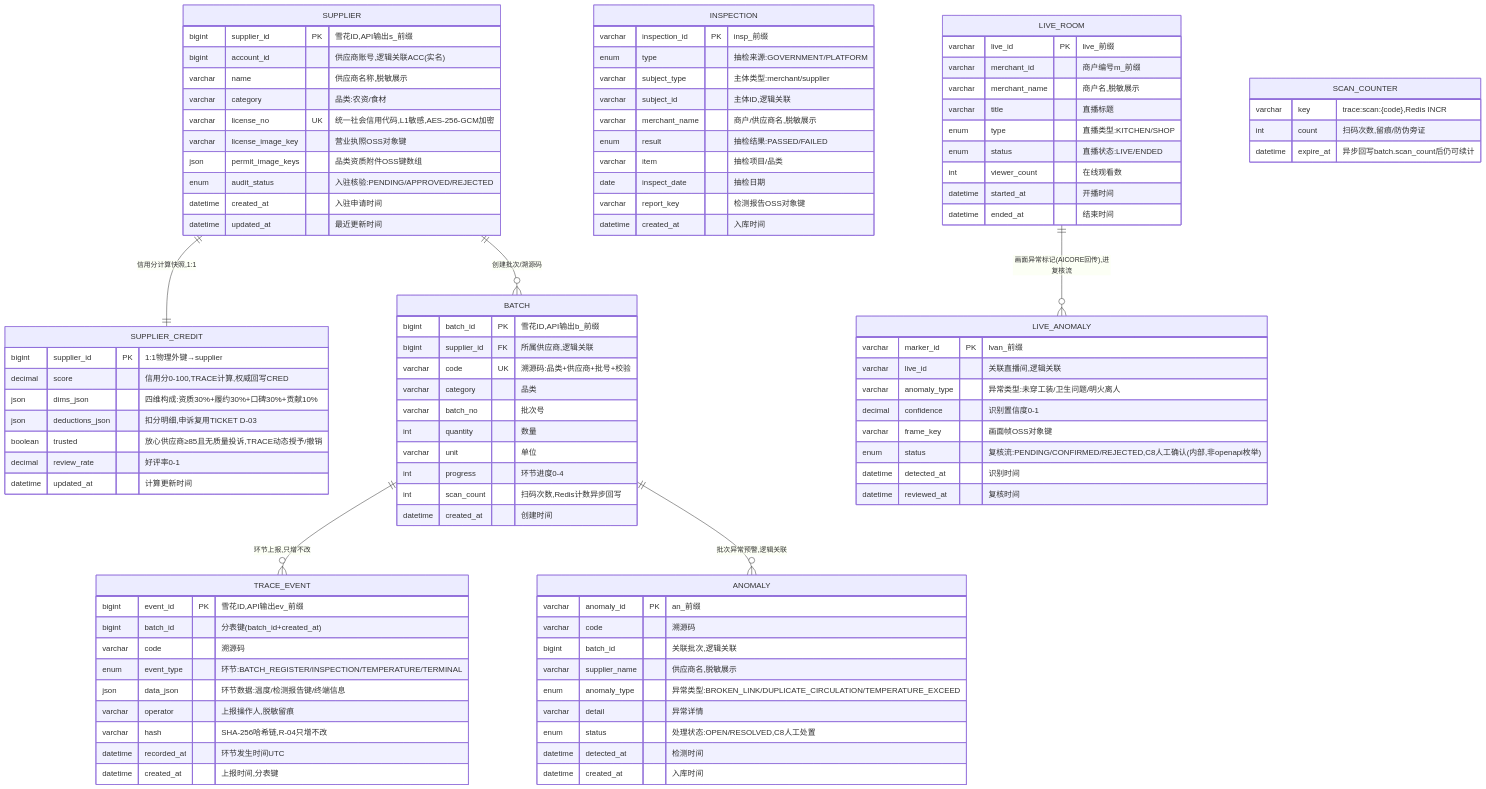
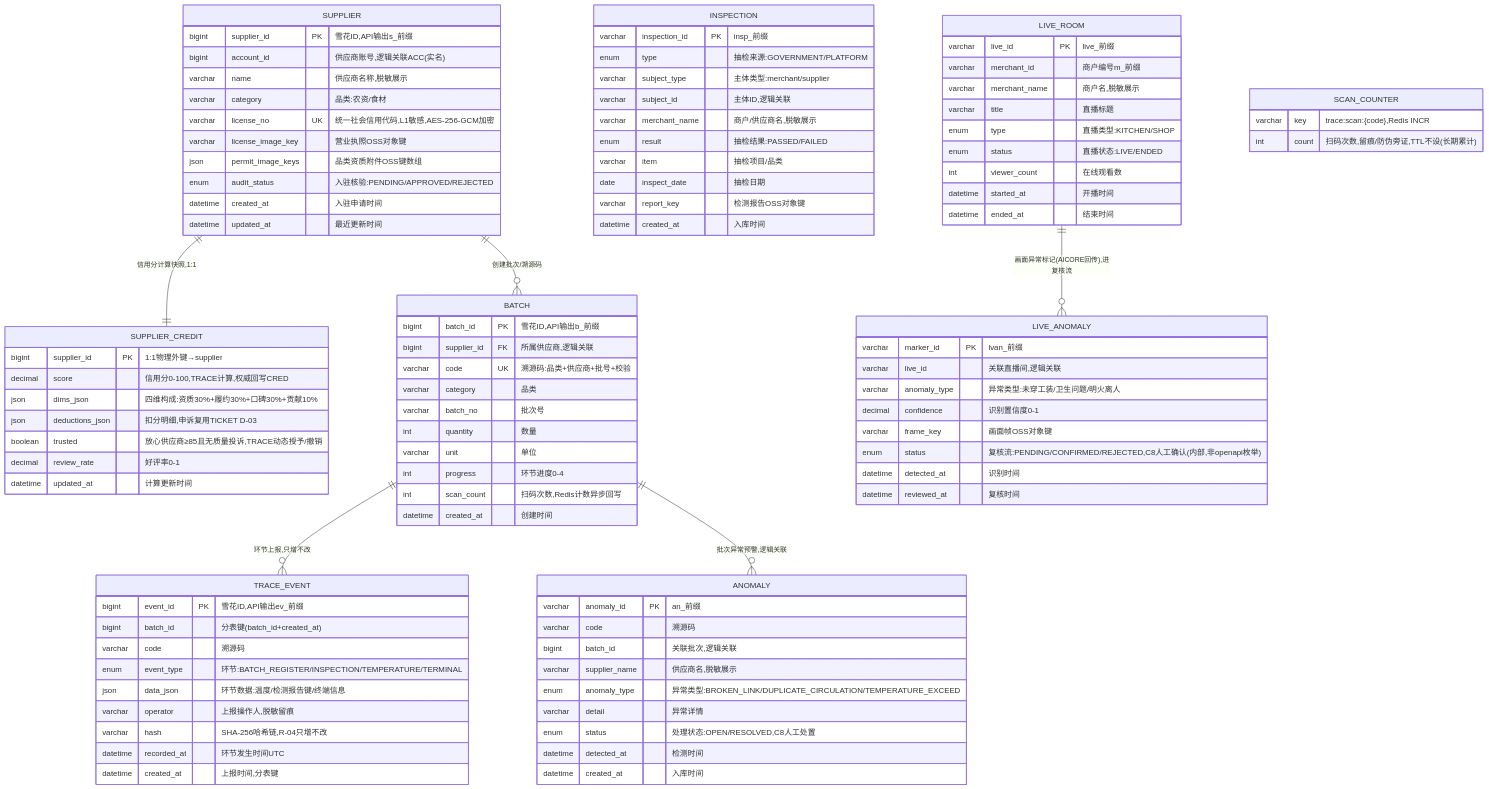
One commit to jzywm/Livelihood-Platform changed the diagram in services/trace/docs/er.md. Above: the diagram before and after it, drawn with Mermaid. The commit also changed other lines of this file and 95 other files, not shown here.

```diff
--- a/services/trace/docs/er.md
+++ b/services/trace/docs/er.md
@@ -113,8 +113,7 @@
 
     SCAN_COUNTER {
         varchar key "trace:scan:{code},Redis INCR"
-        int count "扫码次数,留痕/防伪旁证"
-        datetime expire_at "异步回写batch.scan_count后仍可续计"
+        int count "扫码次数,留痕/防伪旁证,TTL不设(长期累计)"
     }
 
     SUPPLIER ||--|| SUPPLIER_CREDIT : "信用分计算快照,1:1"
```
